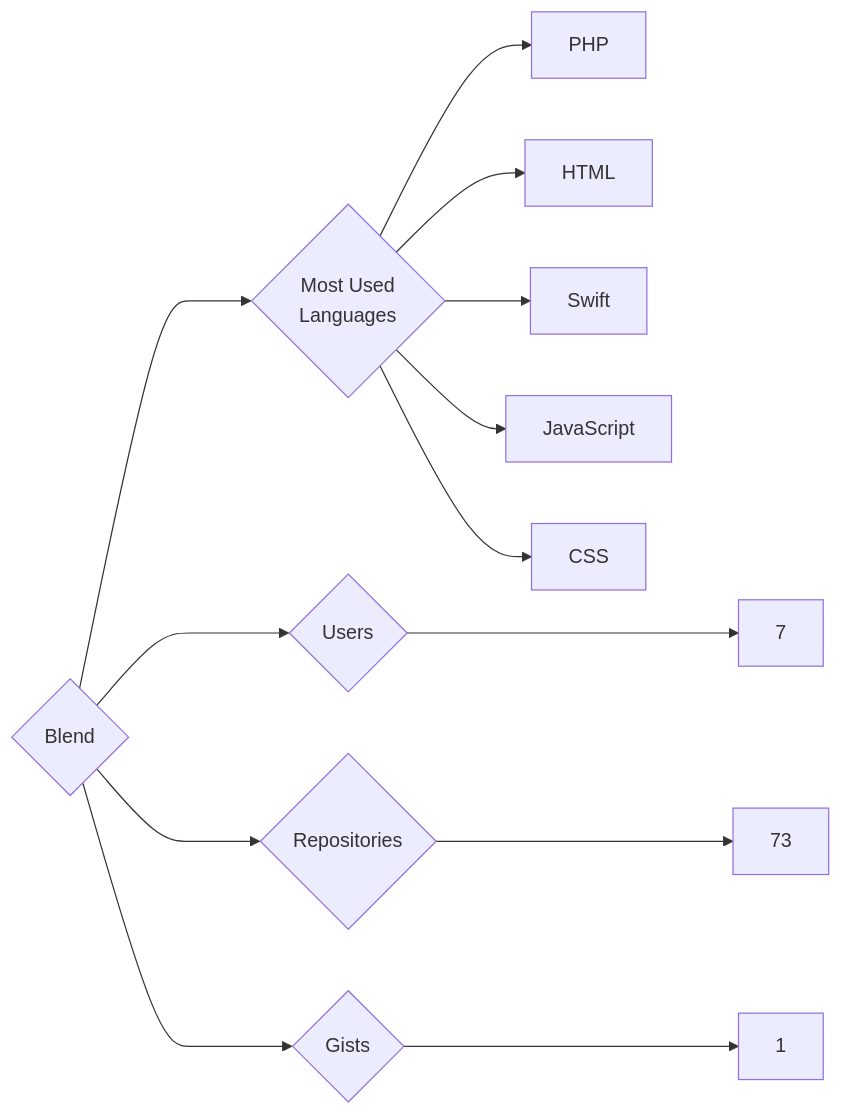
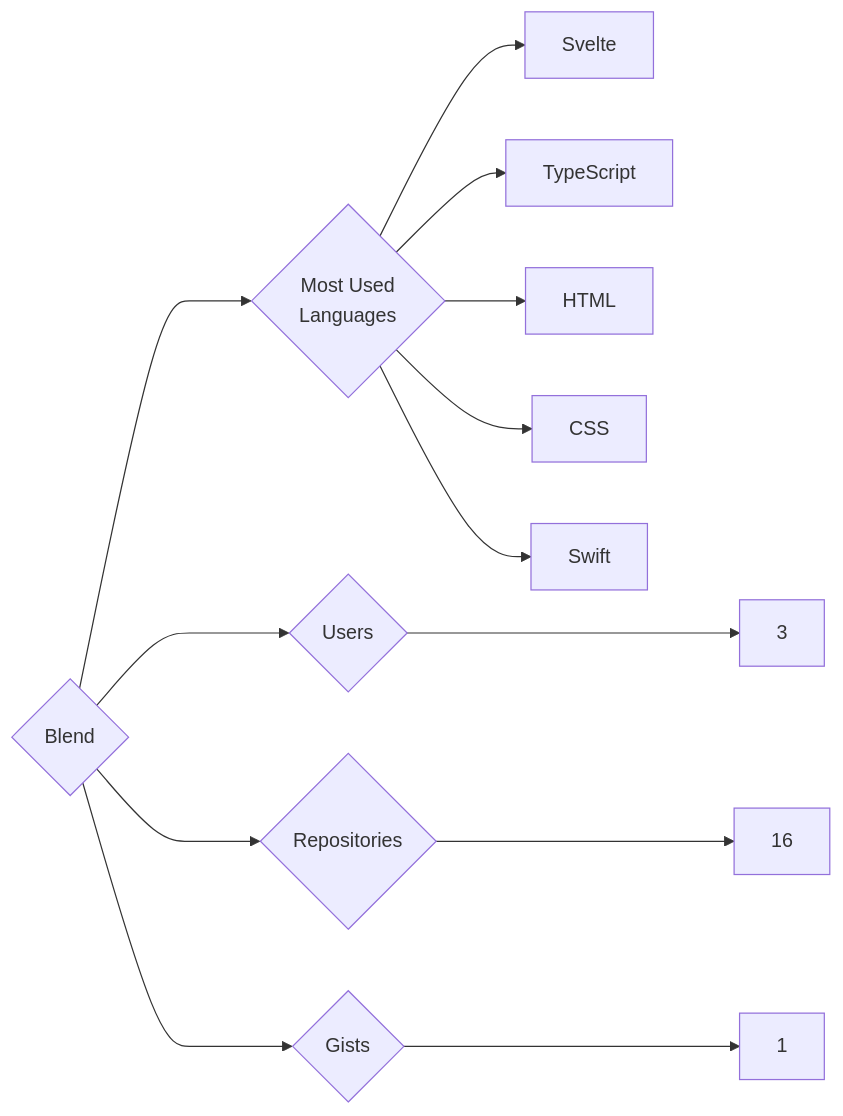
One commit to trickest/insiders changed the diagram in targets/Blend/README.md. Above: the diagram before and after it, drawn with Mermaid. The commit also changed 900 other files, not shown here.

````diff
--- a/targets/Blend/README.md
+++ b/targets/Blend/README.md
@@ -3,13 +3,13 @@
 ```mermaid
 graph LR
 COMPANY_NAME{Blend}
-COMPANY_NAME ---> U{Users} ---> UN[7]
-COMPANY_NAME ---> R{Repositories} ---> RN[73]
+COMPANY_NAME ---> U{Users} ---> UN[3]
+COMPANY_NAME ---> R{Repositories} ---> RN[16]
 COMPANY_NAME ---> G{Gists} ---> GN[1]
 COMPANY_NAME ---> ML{Most Used<br>Languages}
-ML --> PHP[PHP]
+ML --> Svelte[Svelte]
+ML --> TypeScript[TypeScript]
 ML --> HTML[HTML]
+ML --> CSS[CSS]
 ML --> Swift[Swift]
-ML --> JavaScript[JavaScript]
-ML --> CSS[CSS]
 ```
````
